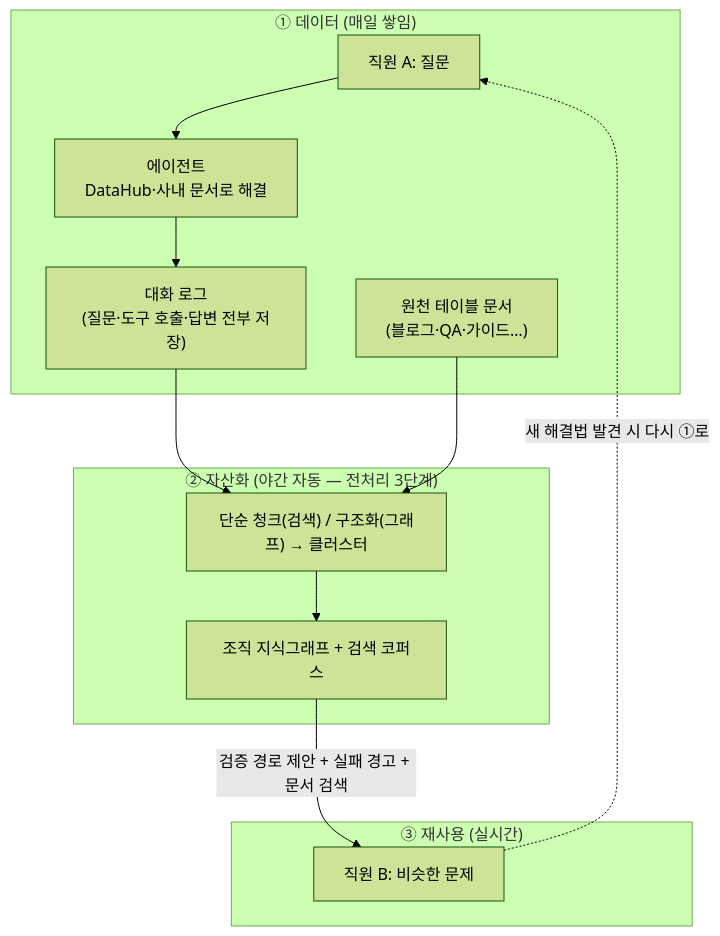
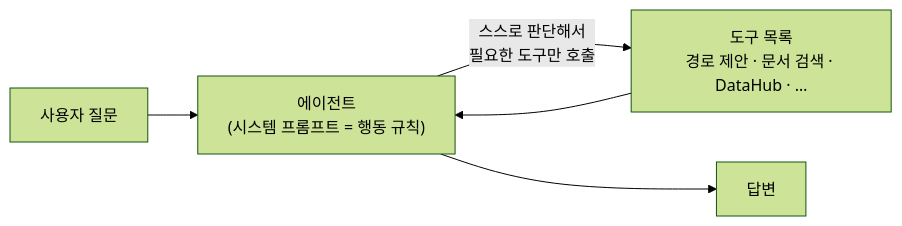
Before and after one commit to catinbox276/graph-search-chat: the second of 11 diagrams in docs/plan.md, drawn with Mermaid (forest theme). The commit also changed other lines of this file and 4 other files, not shown here.

````diff
--- a/docs/plan.md
+++ b/docs/plan.md
@@ -18,16 +41,7 @@
 ```mermaid
-flowchart TB
-    subgraph now["① 데이터 (매일 쌓임)"]
-        U1["직원 A: 질문"] --> AG["에이전트<br/>DataHub·사내 문서로 해결"]
-        AG --> LOG["대화 로그<br/>(질문·도구 호출·답변 전부 저장)"]
-        DOC["원천 테이블 문서<br/>(블로그·QA·가이드…)"]
-    end
-    subgraph night["② 자산화 (야간 자동 — 전처리 3단계)"]
-        LOG & DOC --> P["단순 청크(검색) / 구조화(그래프) → 클러스터"]
-        P --> KG["조직 지식그래프 + 검색 코퍼스"]
-    end
-    subgraph reuse["③ 재사용 (실시간)"]
-        KG -->|"검증 경로 제안 + 실패 경고 + 문서 검색"| U2["직원 B: 비슷한 문제"]
-    end
-    U2 -.->|"새 해결법 발견 시 다시 ①로"| U1
+flowchart LR
+    Q["사용자 질문"] --> AG["에이전트<br/>(시스템 프롬프트 = 행동 규칙)"]
+    AG -->|"스스로 판단해서<br/>필요한 도구만 호출"| T["도구 목록<br/>경로 제안 · 문서 검색 · DataHub · …"]
+    T --> AG
+    AG --> A["답변"]
 ```
````
